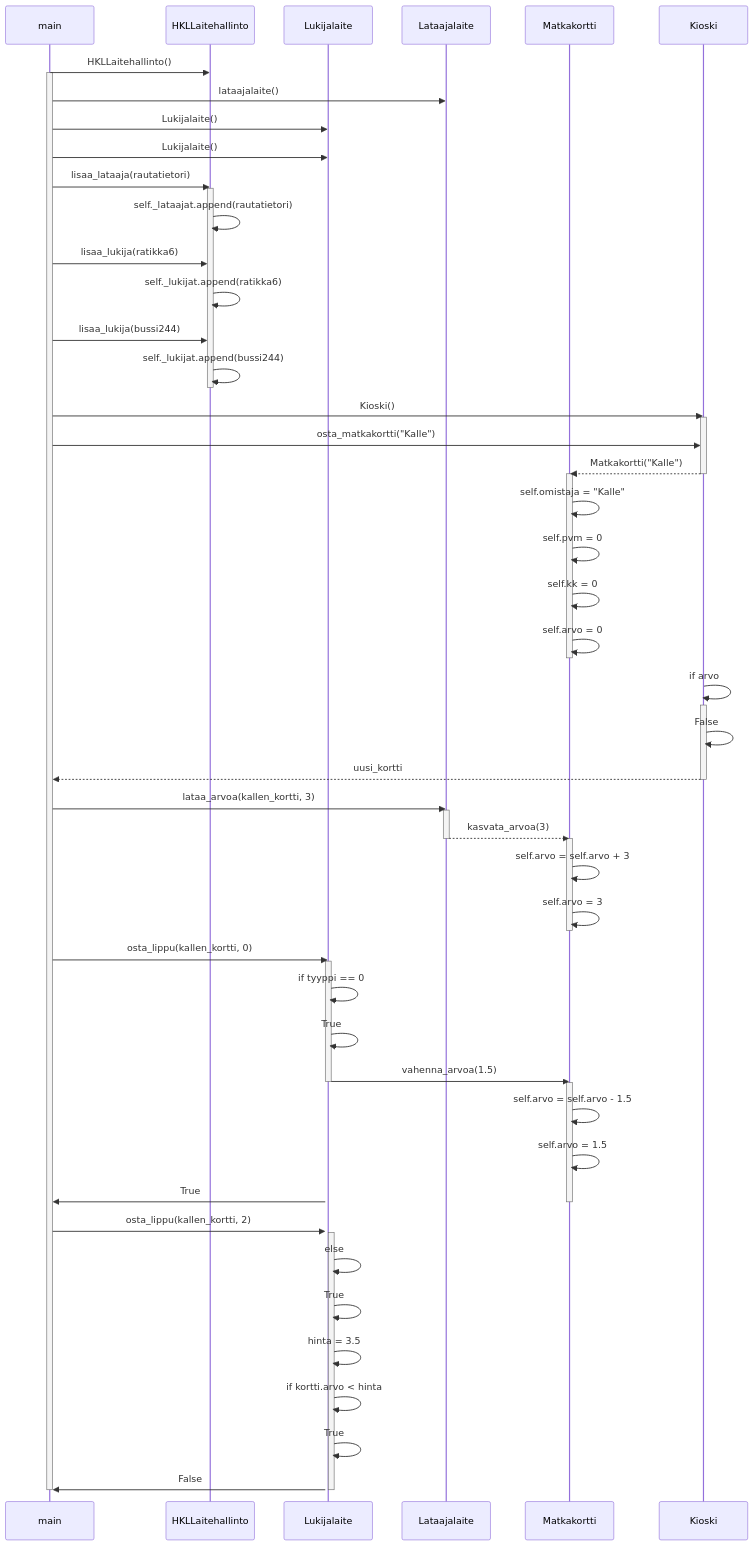
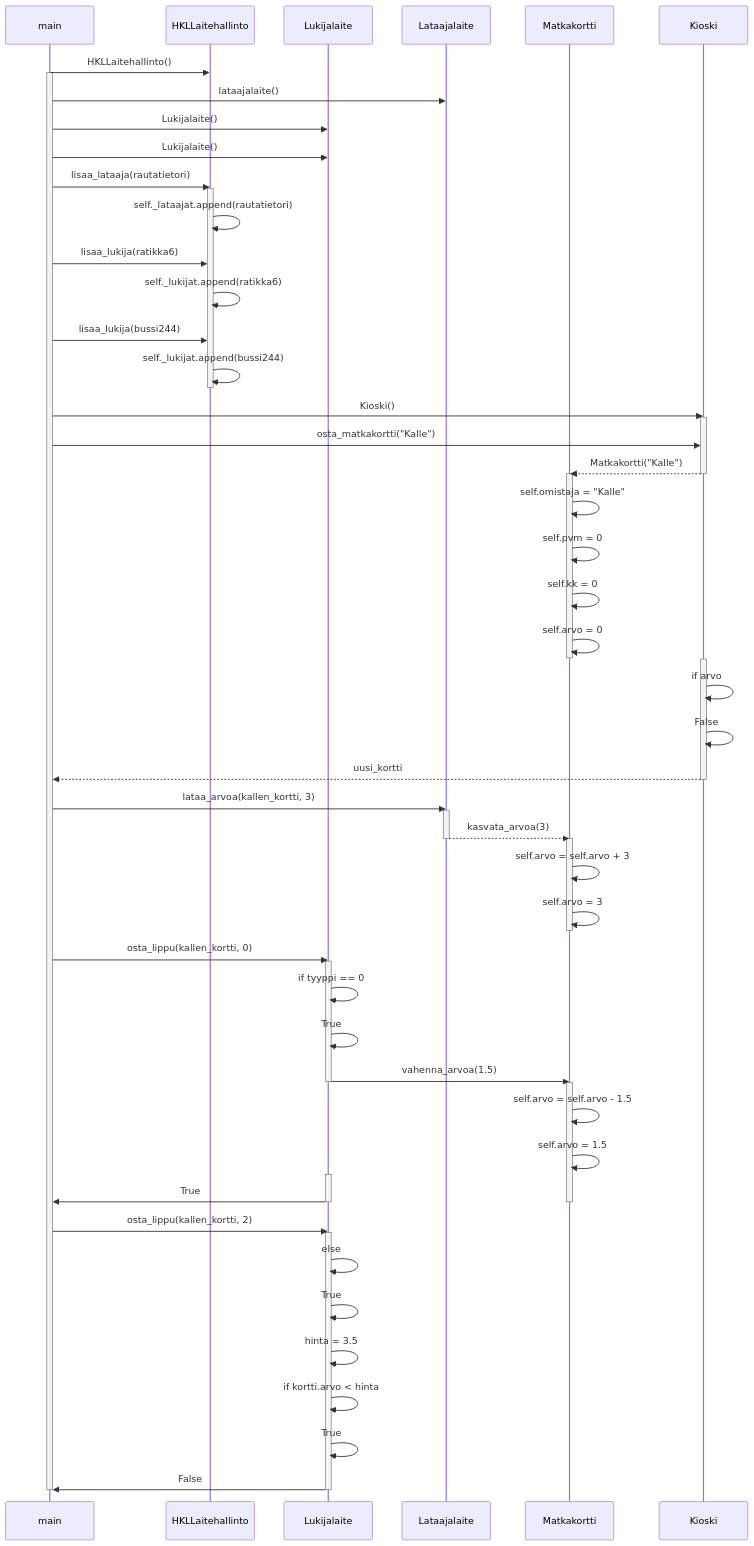
One commit to n0spoon/ot-harjoitustyo changed the diagram in laskarit/viikko3/hsl-sequence.md. Above: the diagram before and after it, drawn with Mermaid.

Commit message:
adjusting hsl-sequence.md

````diff
--- a/laskarit/viikko3/hsl-sequence.md
+++ b/laskarit/viikko3/hsl-sequence.md
@@ -1,69 +1,70 @@
 ```mermaid
  sequenceDiagram
      participant m as main
      participant hkl as HKLLaitehallinto
      participant lula as Lukijalaite
      participant lala as Lataajalaite
      participant mk as Matkakortti
      participant k as Kioski
 
      m->>hkl: HKLLaitehallinto()
      activate m
      m->>lala: lataajalaite()
      m->>lula: Lukijalaite()
      m->>lula: Lukijalaite()
      m->>hkl: lisaa_lataaja(rautatietori)
      activate hkl
      hkl->>hkl: self._lataajat.append(rautatietori)
      m->>hkl: lisaa_lukija(ratikka6)
      hkl->>hkl: self._lukijat.append(ratikka6)
      m->>hkl: lisaa_lukija(bussi244)
      hkl->>hkl: self._lukijat.append(bussi244)
      deactivate hkl
      m->>k: Kioski()
      activate k
      m->>k: osta_matkakortti("Kalle")
      k-->>mk: Matkakortti("Kalle")
      activate mk
      deactivate k
      mk->>mk: self.omistaja = "Kalle"
      mk->>mk: self.pvm = 0
      mk->>mk: self.kk = 0
      mk->>mk: self.arvo = 0
      deactivate mk
+     activate k
      k->>k: if arvo
-     activate k
      k->>k: False
      k-->>m: uusi_kortti
      deactivate k
      m->>lala: lataa_arvoa(kallen_kortti, 3)
      activate lala
      lala-->>mk: kasvata_arvoa(3)
      activate mk
      deactivate lala
      mk->>mk: self.arvo = self.arvo + 3
      mk->>mk: self.arvo = 3
      deactivate mk
      m->>lula: osta_lippu(kallen_kortti, 0)
      activate lula
      lula->>lula: if tyyppi == 0
      lula->>lula: True
      lula->>mk: vahenna_arvoa(1.5)
      deactivate lula
      activate mk
      mk->>mk: self.arvo = self.arvo - 1.5
      mk->>mk: self.arvo = 1.5
      activate lula
      lula->>m: True
+     deactivate lula
      deactivate mk
      m->>lula: osta_lippu(kallen_kortti, 2)
      activate lula
      lula->>lula: else
      lula->>lula: True
      lula->>lula: hinta = 3.5
      lula->>lula: if kortti.arvo < hinta
      lula->>lula: True
      lula->>m: False
      deactivate lula
      deactivate m
 ```
````
